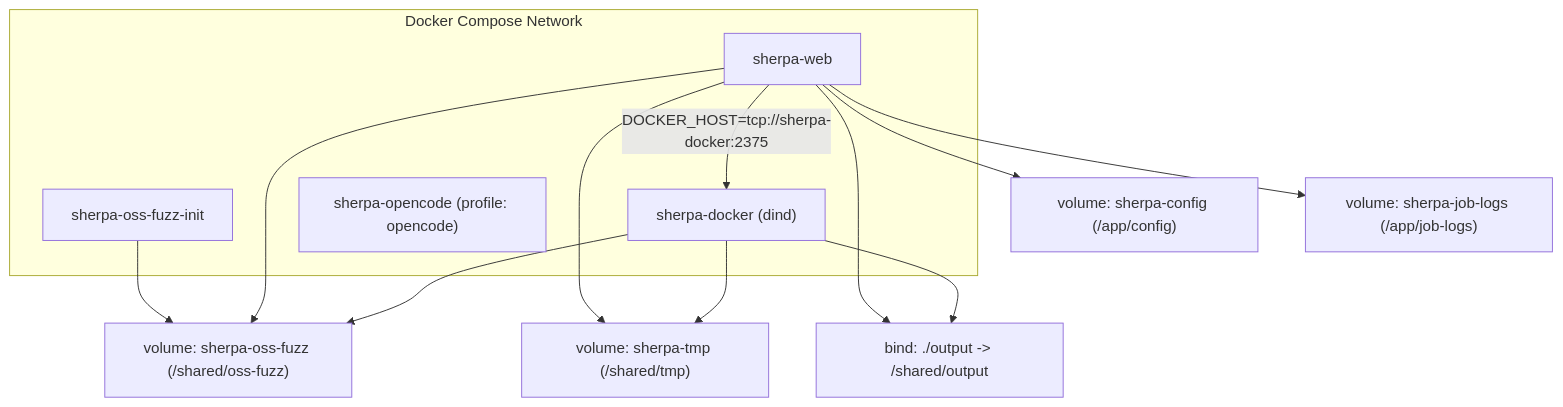
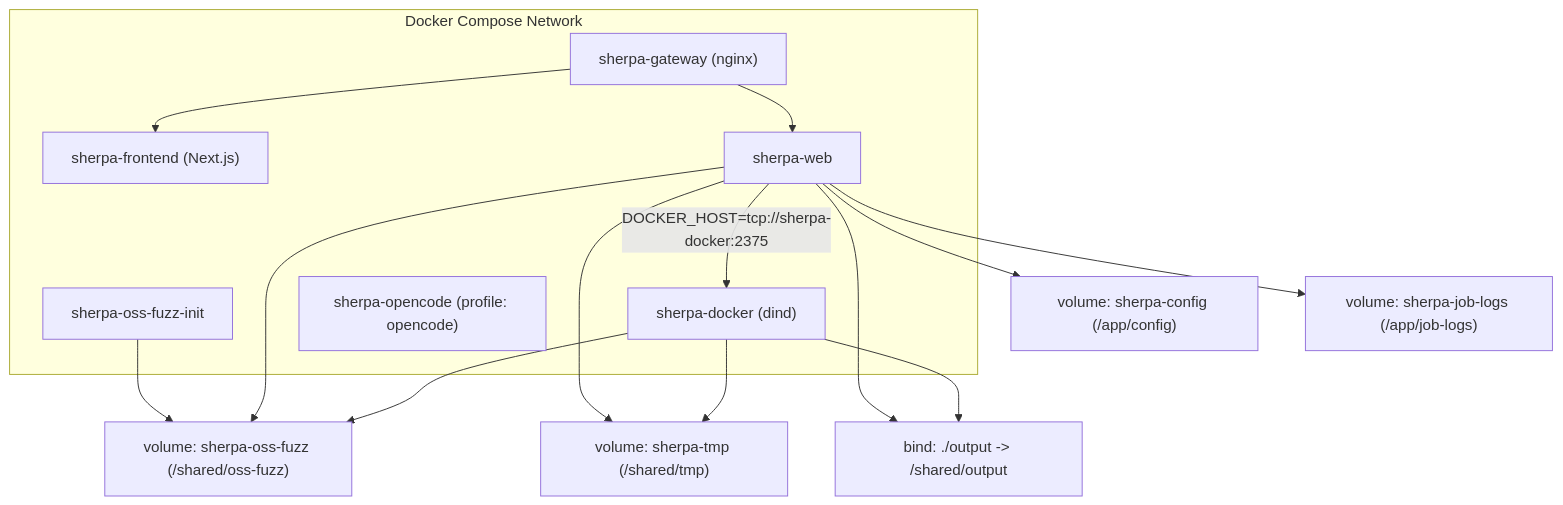
The second of 10 diagrams in README.md (ZUENS2020/Sherpa), drawn with Mermaid before and after one commit. The commit also changed other lines of this file and 34 other files, not shown here.

````diff
--- a/README.md
+++ b/README.md
@@ -52,24 +56,28 @@
 ```mermaid
 flowchart TB
   subgraph NET["Docker Compose Network"]
     INIT["sherpa-oss-fuzz-init"]
+    GW["sherpa-gateway (nginx)"]
+    FE["sherpa-frontend (Next.js)"]
     WEB["sherpa-web"]
     DIND["sherpa-docker (dind)"]
     OC["sherpa-opencode (profile: opencode)"]
   end
 
   INIT --> OSS["volume: sherpa-oss-fuzz (/shared/oss-fuzz)"]
   WEB --> OSS
   DIND --> OSS
 
   WEB --> TMP["volume: sherpa-tmp (/shared/tmp)"]
   DIND --> TMP
 
   WEB --> OUT["bind: ./output -> /shared/output"]
   DIND --> OUT
 
   WEB --> CFG["volume: sherpa-config (/app/config)"]
   WEB --> JLOG["volume: sherpa-job-logs (/app/job-logs)"]
 
   WEB -->|"DOCKER_HOST=tcp://sherpa-docker:2375"| DIND
+  GW --> FE
+  GW --> WEB
 ```
````
